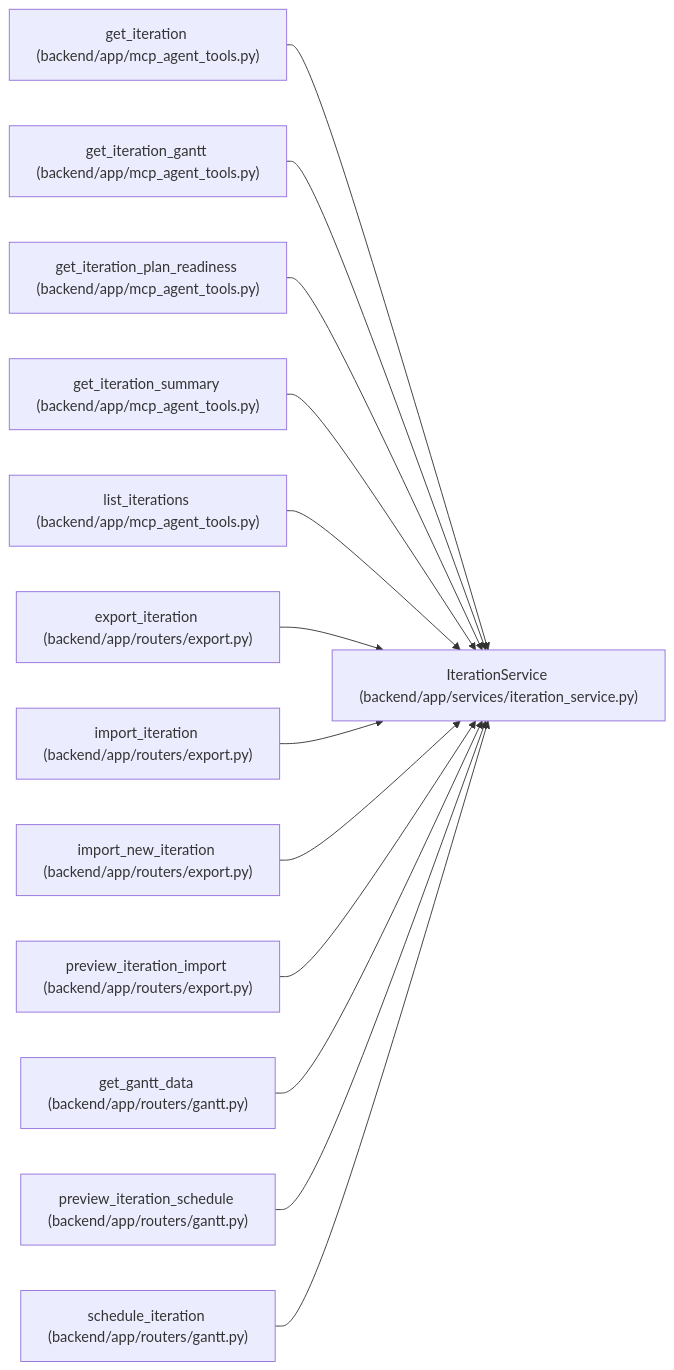
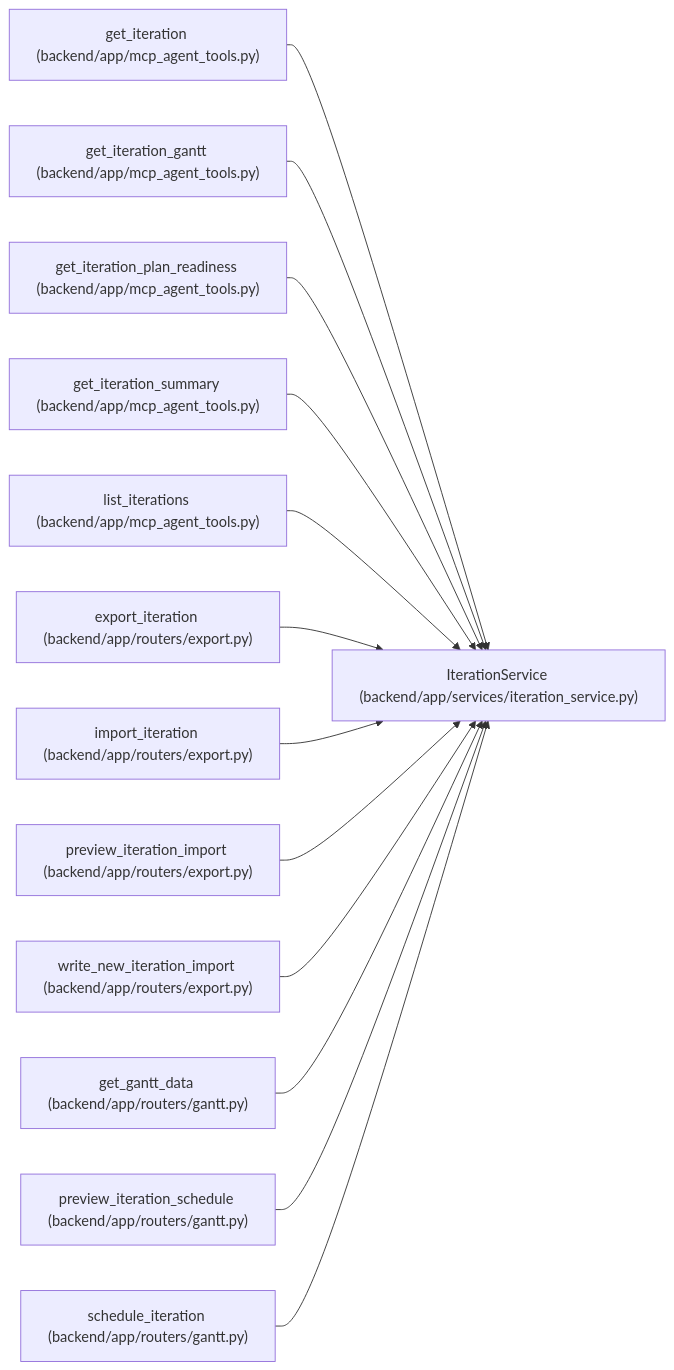
Before and after one commit to Denissvgn/WorkChord: the diagram in docs/llm_wiki/entities/IterationService.md, drawn with Mermaid. The commit also changed other lines of this file and 791 other files, not shown here.

Commit message:
Sync the architectural wiki for the plan-import dry run

````diff
--- a/docs/llm_wiki/entities/IterationService.md
+++ b/docs/llm_wiki/entities/IterationService.md
@@ -50,41 +50,41 @@
 ```mermaid
 flowchart LR
     n0["IterationService (backend/app/services/iteration_service.py)"]
     n1["get_iteration (backend/app/mcp_agent_tools.py)"]
     n2["get_iteration_gantt (backend/app/mcp_agent_tools.py)"]
     n3["get_iteration_plan_readiness (backend/app/mcp_agent_tools.py)"]
     n4["get_iteration_summary (backend/app/mcp_agent_tools.py)"]
     n5["list_iterations (backend/app/mcp_agent_tools.py)"]
     n6["export_iteration (backend/app/routers/export.py)"]
     n7["import_iteration (backend/app/routers/export.py)"]
-    n8["import_new_iteration (backend/app/routers/export.py)"]
-    n9["preview_iteration_import (backend/app/routers/export.py)"]
+    n8["preview_iteration_import (backend/app/routers/export.py)"]
+    n9["write_new_iteration_import (backend/app/routers/export.py)"]
     n10["get_gantt_data (backend/app/routers/gantt.py)"]
     n11["preview_iteration_schedule (backend/app/routers/gantt.py)"]
     n12["schedule_iteration (backend/app/routers/gantt.py)"]
     n1 --> n0
     n2 --> n0
     n3 --> n0
     n4 --> n0
     n5 --> n0
     n6 --> n0
     n7 --> n0
     n8 --> n0
     n9 --> n0
     n10 --> n0
     n11 --> n0
     n12 --> n0
     click n0 "../modules/iteration_service.md"
     click n1 "../modules/mcp_agent_tools.md"
     click n2 "../modules/mcp_agent_tools.md"
     click n3 "../modules/mcp_agent_tools.md"
     click n4 "../modules/mcp_agent_tools.md"
     click n5 "../modules/mcp_agent_tools.md"
     click n6 "../modules/export.md"
     click n7 "../modules/export.md"
     click n8 "../modules/export.md"
     click n9 "../modules/export.md"
     click n10 "../modules/routers_gantt.md"
     click n11 "../modules/routers_gantt.md"
     click n12 "../modules/routers_gantt.md"
 ```
````
